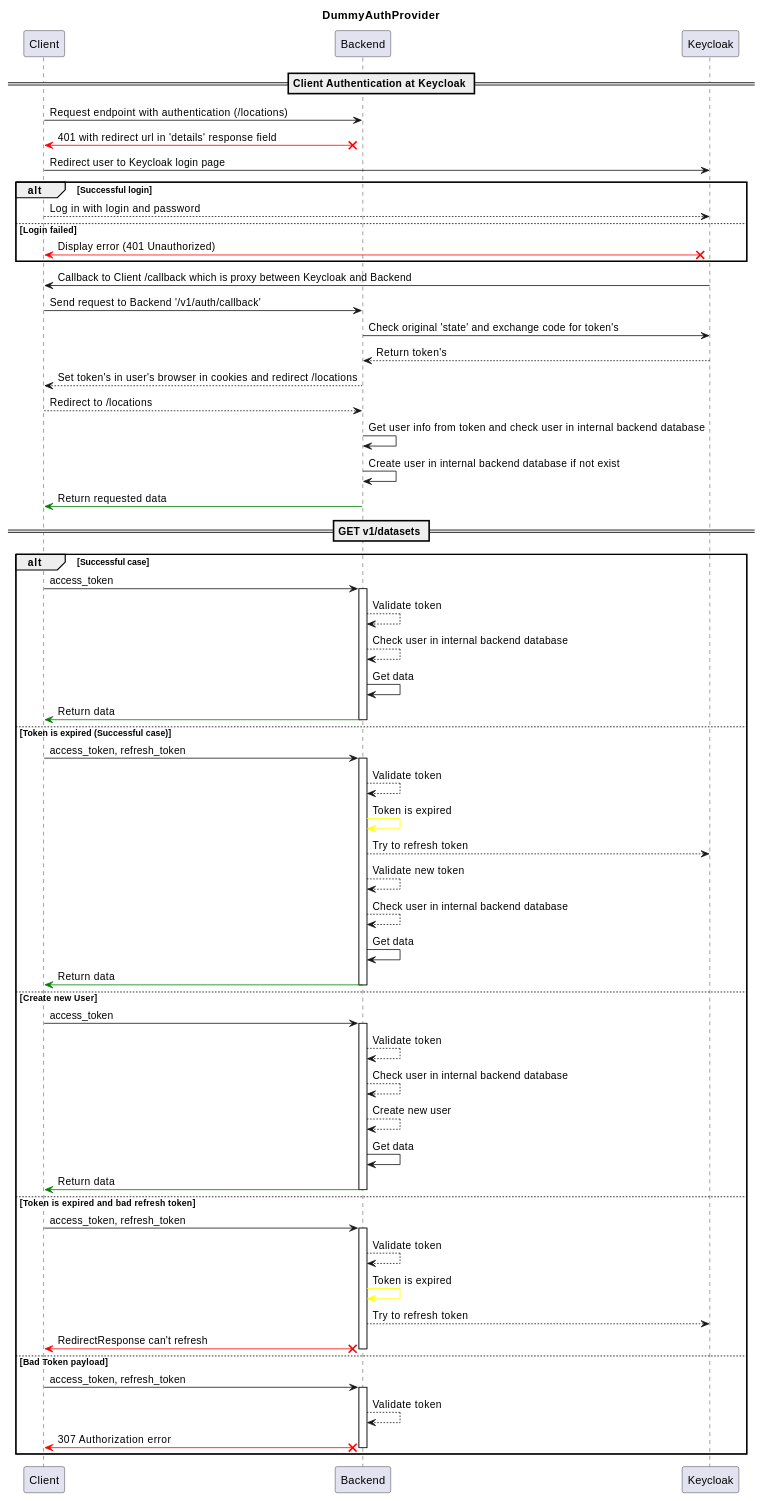
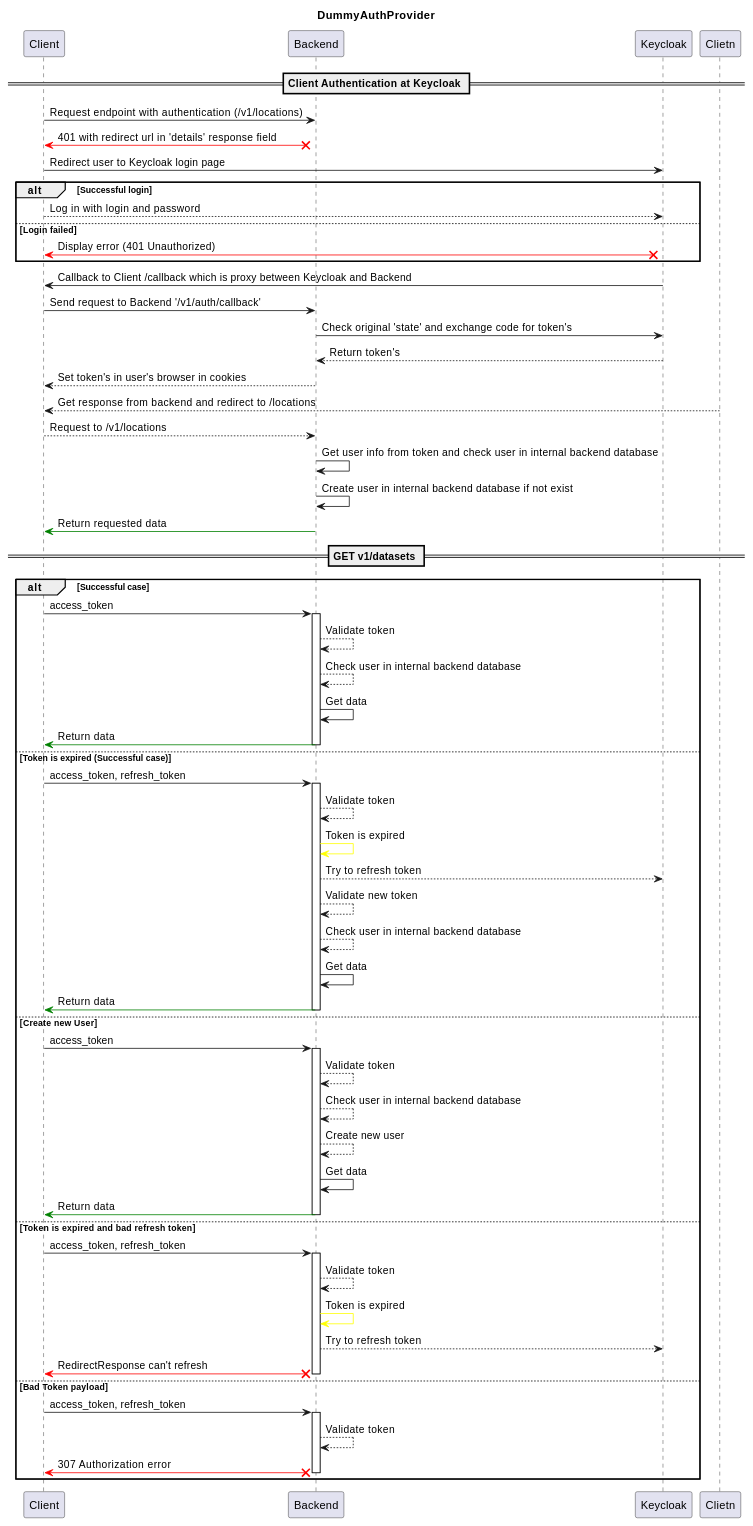
The diagram in docs/reference/server/auth/keycloak.rst (MobileTeleSystems/data-rentgen), drawn with PlantUML before and after one commit. The commit also changed 1 other file, not shown here.

Commit message:
[DOP-21576] Fix interaction schema

```diff
--- a/docs/reference/server/auth/keycloak.rst
+++ b/docs/reference/server/auth/keycloak.rst
@@ -21,80 +21,81 @@
     .. plantuml::
 
         @startuml
             title DummyAuthProvider
             participant "Client"
             participant "Backend"
             participant "Keycloak"
 
             == Client Authentication at Keycloak ==
 
-            Client -> Backend : Request endpoint with authentication (/locations)
+            Client -> Backend : Request endpoint with authentication (/v1/locations)
 
             Backend x-[#red]> Client: 401 with redirect url in 'details' response field
 
             Client -> Keycloak : Redirect user to Keycloak login page
 
             alt Successful login
                 Client --> Keycloak : Log in with login and password
             else Login failed
                 Keycloak x-[#red]> Client -- : Display error (401 Unauthorized)
             end
 
             Keycloak -> Client : Callback to Client /callback which is proxy between Keycloak and Backend
 
             Client -> Backend : Send request to Backend '/v1/auth/callback'
 
             Backend -> Keycloak : Check original 'state' and exchange code for token's
             Keycloak --> Backend : Return token's
-            Backend --> Client : Set token's in user's browser in cookies and redirect /locations
+            Backend --> Client : Set token's in user's browser in cookies
+            Clietn --> Client : Get response from backend and redirect to /locations
 
-            Client --> Backend : Redirect to /locations
+            Client --> Backend : Request to /v1/locations
             Backend -> Backend : Get user info from token and check user in internal backend database
             Backend -> Backend : Create user in internal backend database if not exist
             Backend -[#green]> Client -- : Return requested data
 
 
             == GET v1/datasets ==
 
 
             alt Successful case
                 "Client" -> "Backend" ++ : access_token
                 "Backend" --> "Backend" : Validate token
                 "Backend" --> "Backend" : Check user in internal backend database
                 "Backend" -> "Backend" : Get data
                 "Backend" -[#green]> "Client" -- : Return data
 
             else Token is expired (Successful case)
                 "Client" -> "Backend" ++ : access_token, refresh_token
                 "Backend" --> "Backend" : Validate token
                 "Backend" -[#yellow]> "Backend" : Token is expired
                 "Backend" --> "Keycloak" : Try to refresh token
                 "Backend" --> "Backend" : Validate new token
                 "Backend" --> "Backend" : Check user in internal backend database
                 "Backend" -> "Backend" : Get data
                 "Backend" -[#green]> "Client" -- : Return data
 
             else Create new User
                 "Client" -> "Backend" ++ : access_token
                 "Backend" --> "Backend" : Validate token
                 "Backend" --> "Backend" : Check user in internal backend database
                 "Backend" --> "Backend" : Create new user
                 "Backend" -> "Backend" : Get data
                 "Backend" -[#green]> "Client" -- : Return data
 
             else Token is expired and bad refresh token
                 "Client" -> "Backend" ++ : access_token, refresh_token
                 "Backend" --> "Backend" : Validate token
                 "Backend" -[#yellow]> "Backend" : Token is expired
                 "Backend" --> "Keycloak" : Try to refresh token
                 "Backend" x-[#red]> "Client" -- : RedirectResponse can't refresh
 
             else Bad Token payload
                 "Client" -> "Backend" ++ : access_token, refresh_token
                 "Backend" --> "Backend" : Validate token
                 "Backend" x-[#red]> "Client" -- : 307 Authorization error
 
             end
 
             deactivate "Client"
         @enduml
```
